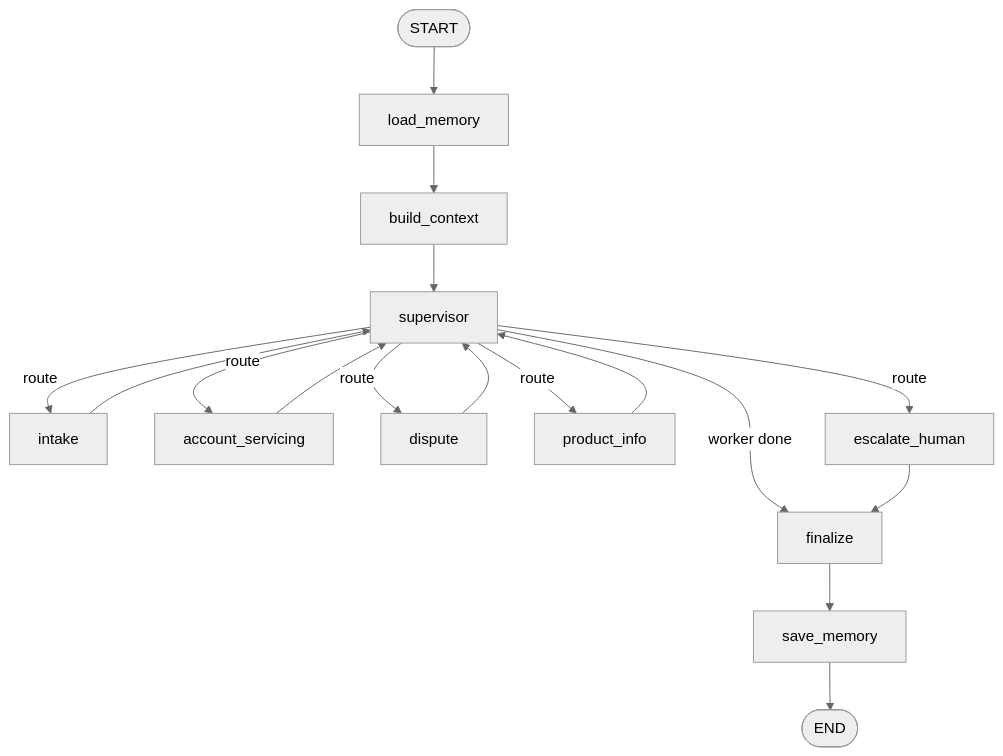
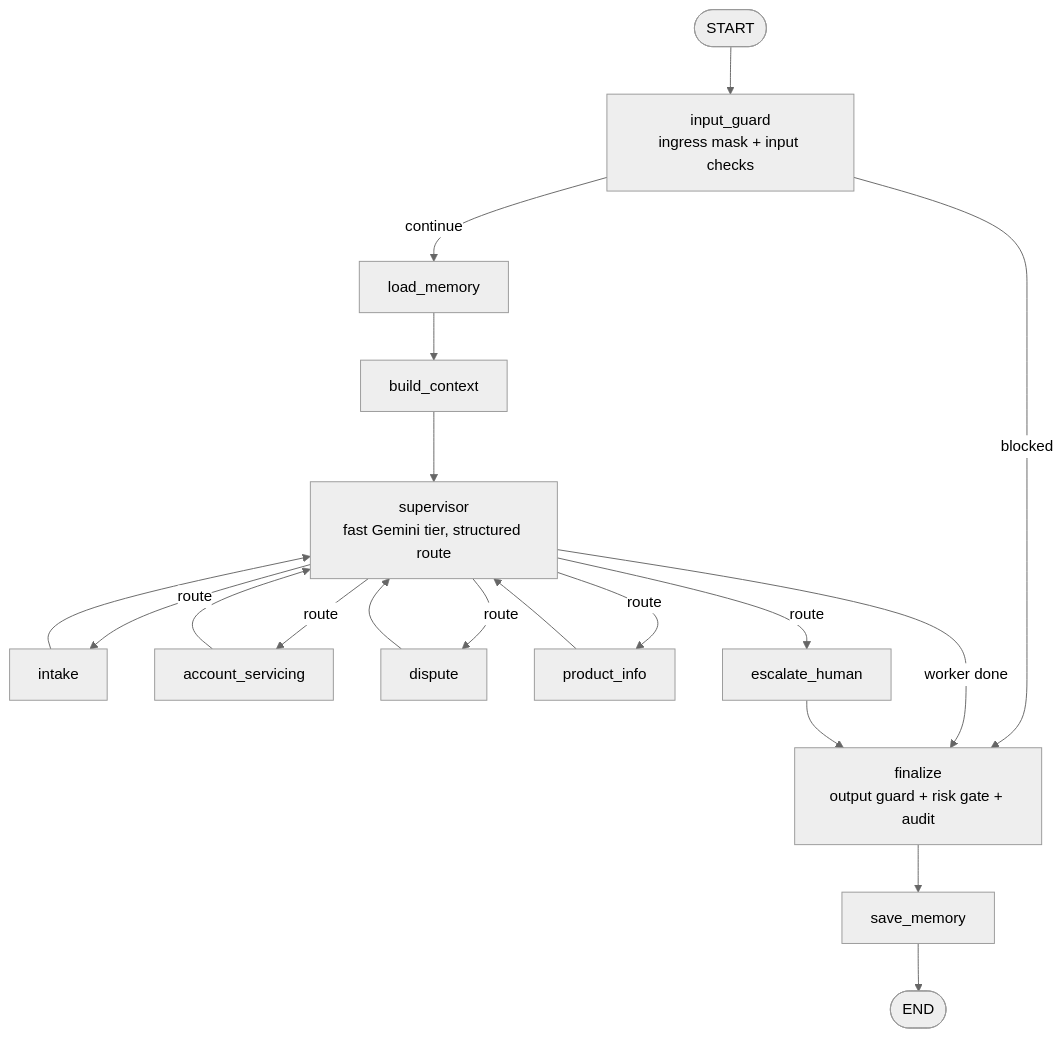
One commit to kaajalkrish/Banking-Servicing-Dispute-Resolution-Copilot changed the first of 3 diagrams in docs/architecture.md. Above: the diagram before and after it, drawn with Mermaid (neutral theme). The commit also changed other lines of this file, not shown here.

First line of the commit message:
docs(arch): finalize architecture doc with graph and trust boundaries

````diff
--- a/docs/architecture.md
+++ b/docs/architecture.md
@@ -9,19 +9,21 @@
 ```mermaid
 flowchart TD
-    START([START]) --> LM[load_memory]
+    START([START]) --> IG[input_guard<br/>ingress mask + input checks]
+    IG -->|blocked| FIN
+    IG -->|continue| LM[load_memory]
     LM --> BC[build_context]
-    BC --> SUP[supervisor]
+    BC --> SUP[supervisor<br/>fast Gemini tier, structured route]
     SUP -->|route| INTAKE[intake]
     SUP -->|route| ACCT[account_servicing]
     SUP -->|route| DISP[dispute]
     SUP -->|route| PROD[product_info]
     SUP -->|route| ESC[escalate_human]
-    SUP -->|worker done| FIN[finalize]
+    SUP -->|worker done| FIN[finalize<br/>output guard + risk gate + audit]
     INTAKE --> SUP
     ACCT --> SUP
     DISP --> SUP
     PROD --> SUP
     ESC --> FIN
     FIN --> SAVE[save_memory]
     SAVE --> END([END])
 ```
````
